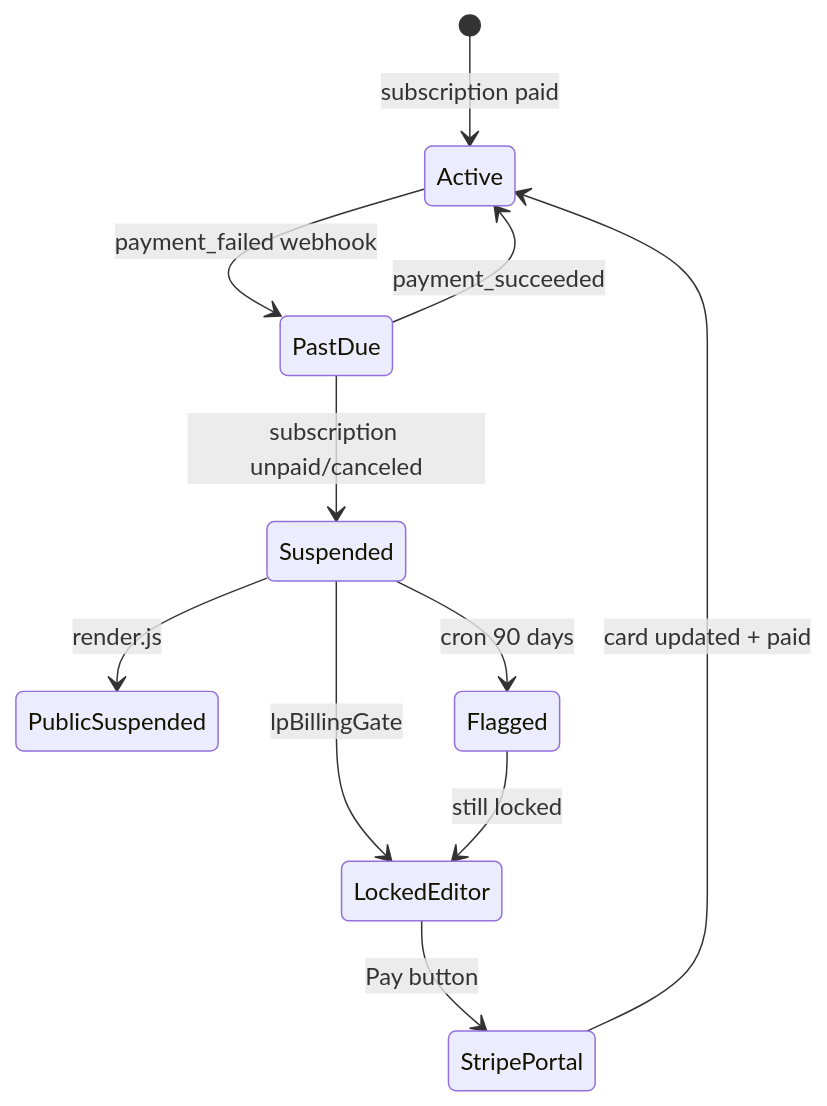
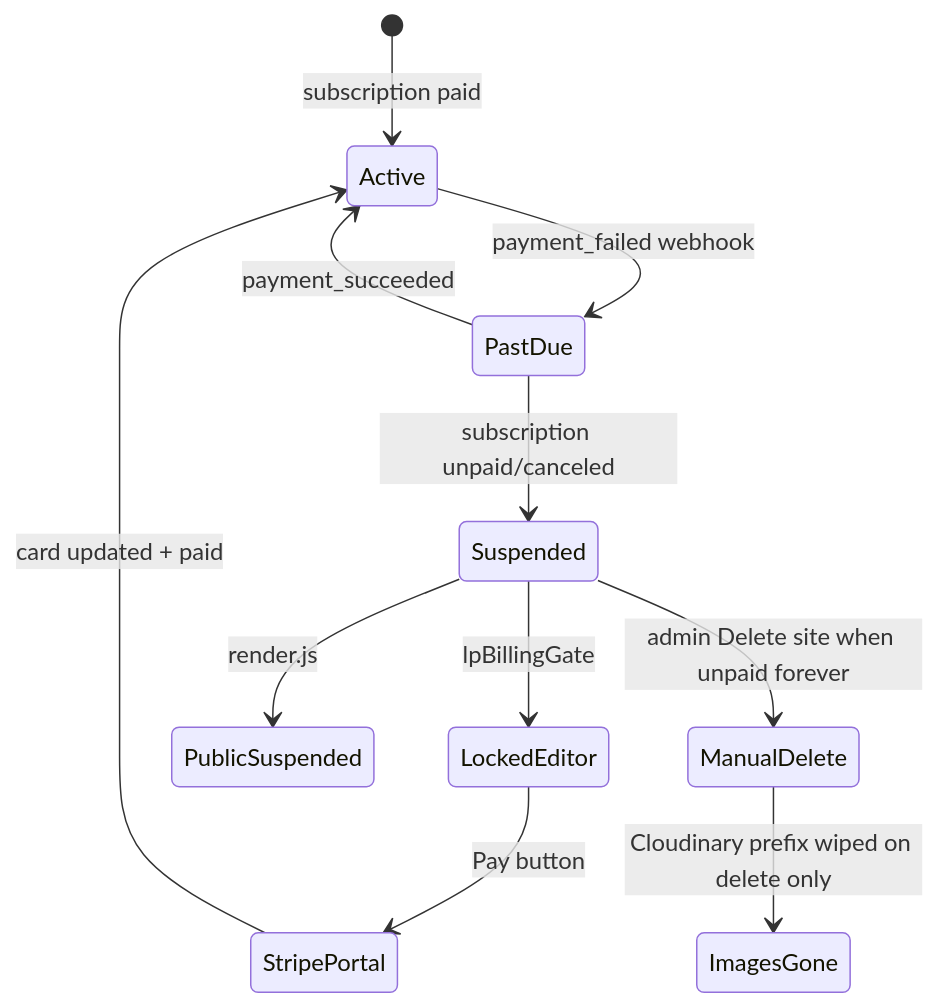
Before and after one commit to coffeeguy77/leadpages: the eighth of 8 diagrams in docs/features/Billing.md, drawn with Mermaid. The commit also changed other lines of this file and 9 other files, not shown here.

First line of the commit message:
Stop billing cron from auto-flagging; images only on site delete.

````diff
--- a/docs/features/Billing.md
+++ b/docs/features/Billing.md
@@ -785,13 +785,13 @@
 ```mermaid
 stateDiagram-v2
   [*] --> Active: subscription paid
   Active --> PastDue: payment_failed webhook
   PastDue --> Active: payment_succeeded
   PastDue --> Suspended: subscription unpaid/canceled
   Suspended --> LockedEditor: lpBillingGate
   Suspended --> PublicSuspended: render.js
   LockedEditor --> StripePortal: Pay button
   StripePortal --> Active: card updated + paid
-  Suspended --> Flagged: cron 90 days
-  Flagged --> LockedEditor: still locked
+  Suspended --> ManualDelete: admin Delete site when unpaid forever
+  ManualDelete --> ImagesGone: Cloudinary prefix wiped on delete only
 ```
````
